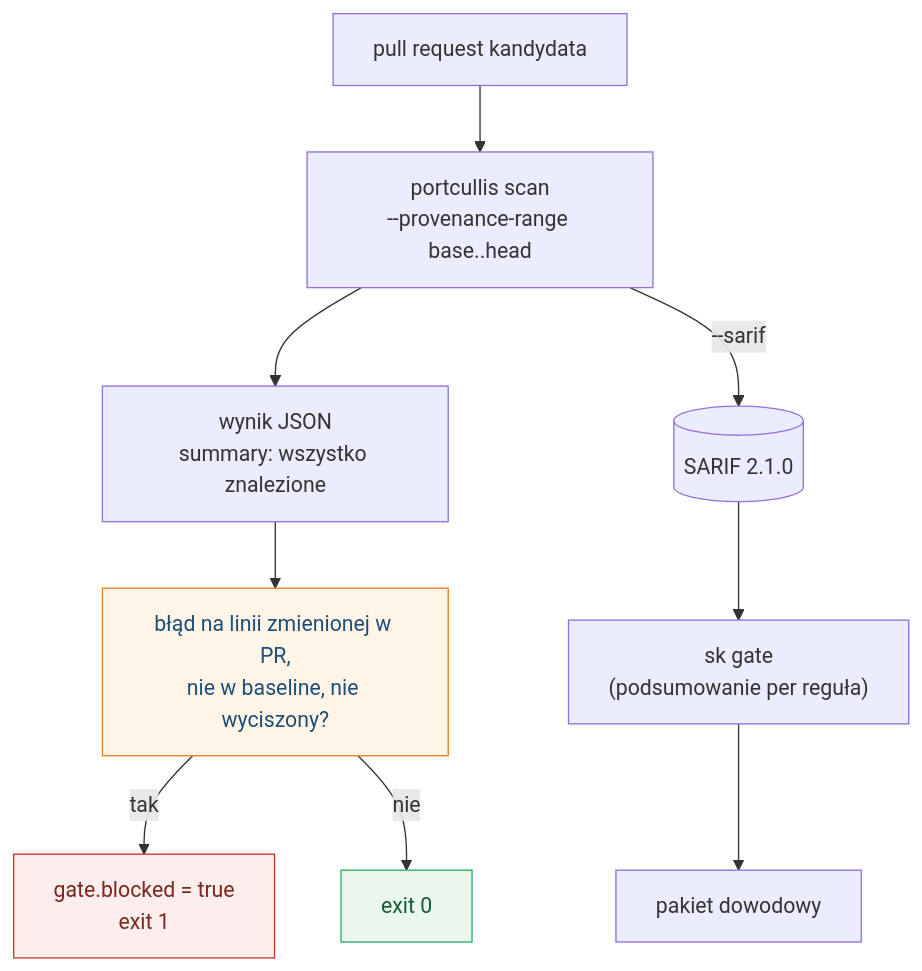
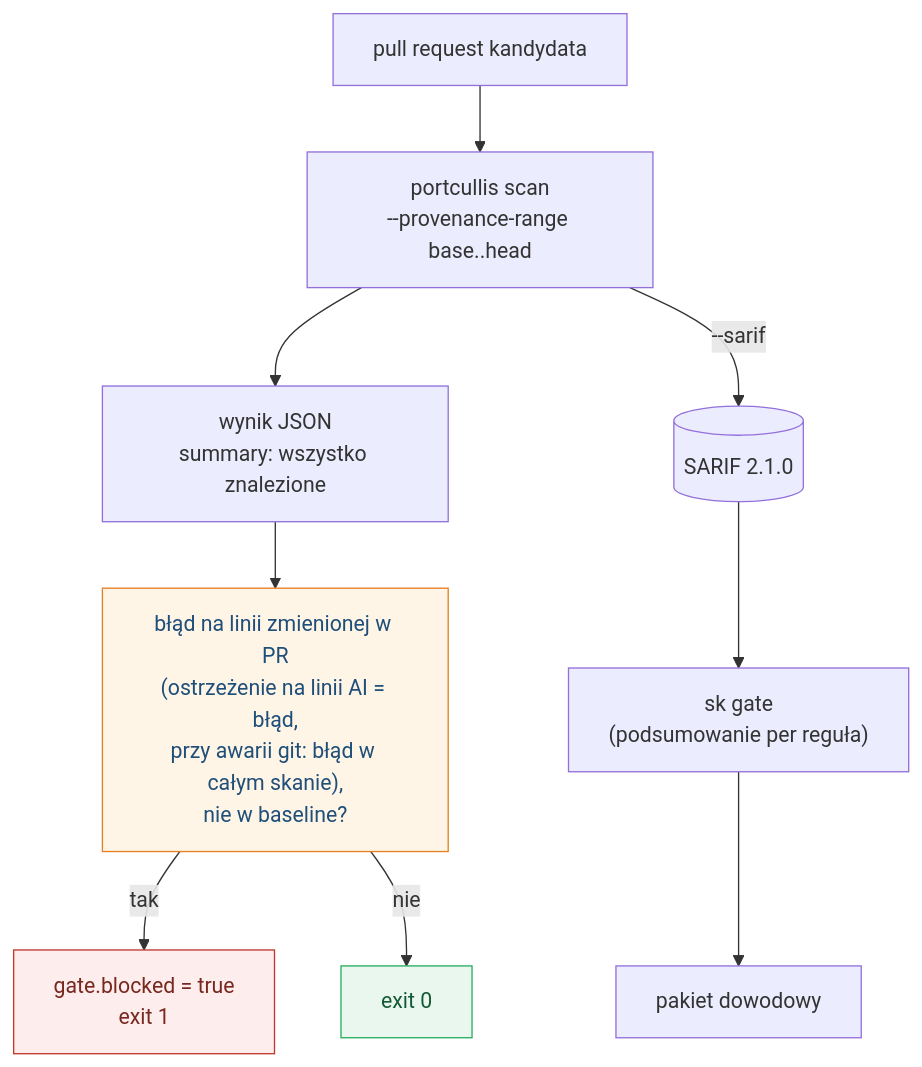
One commit to konradcinkusz/letsgolegacy.secondkey changed the diagram in docs/diagrams/a8-bramka-portcullis.mmd. Above: the diagram before and after it, drawn with Mermaid. The commit also changed 26 other files, not shown here.

```diff
--- a/docs/diagrams/a8-bramka-portcullis.mmd
+++ b/docs/diagrams/a8-bramka-portcullis.mmd
@@ -1,15 +1,15 @@
 flowchart TB
   PR["pull request kandydata"] --> SCAN["portcullis scan<br/>--provenance-range base..head"]
   SCAN --> RES["wynik JSON<br/>summary: wszystko znalezione"]
   SCAN -- "--sarif" --> SARIF[("SARIF 2.1.0")]
-  RES --> G["błąd na linii zmienionej w PR,<br/>nie w baseline, nie wyciszony?"]
+  RES --> G["błąd na linii zmienionej w PR<br/>(ostrzeżenie na linii AI = błąd,<br/>przy awarii git: błąd w całym skanie),<br/>nie w baseline?"]
   G -- tak --> BLK["gate.blocked = true<br/>exit 1"]
   G -- nie --> OK["exit 0"]
   SARIF --> SKG["sk gate<br/>(podsumowanie per reguła)"]
   SKG --> PACK["pakiet dowodowy"]
   classDef q fill:#FEF5E7,stroke:#E67E22,color:#1F4E79
   classDef bad fill:#FDEDEC,stroke:#C0392B,color:#78281F
   classDef good fill:#E9F7EF,stroke:#27AE60,color:#145A32
   class G q
   class BLK bad
   class OK good
```
